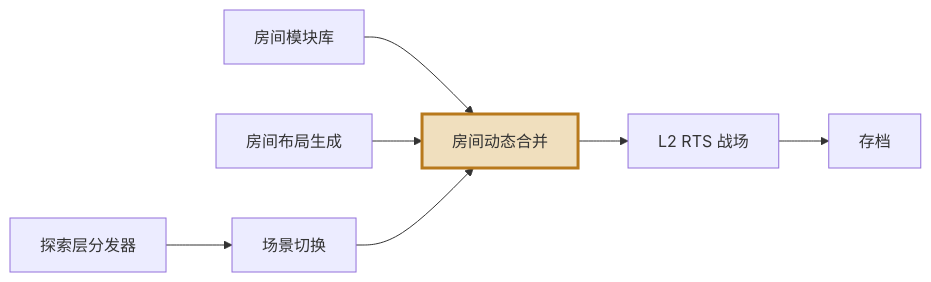
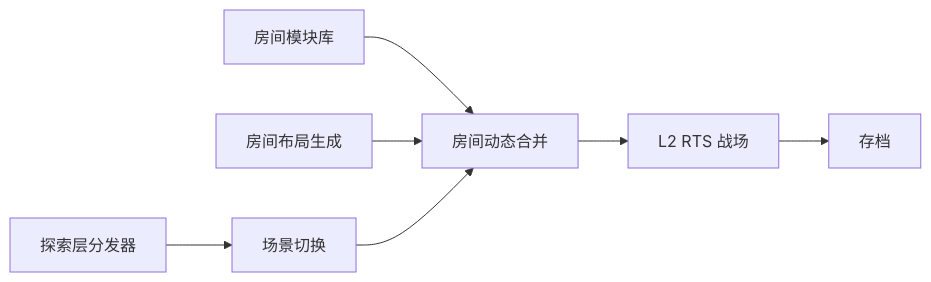
The third of 3 diagrams in plugins/game-studio-core/docs/diagrams-example.md (g4berolo/XGameHarness), drawn with Mermaid before and after one commit. The commit also changed other lines of this file and 4 other files, not shown here.

First line of the commit message:
docs(diagrams): spatial illustrations in ```svg, and every diagram names its colours instead of writing them

````diff
--- a/plugins/game-studio-core/docs/diagrams-example.md
+++ b/plugins/game-studio-core/docs/diagrams-example.md
@@ -97,10 +97,10 @@
 ```mermaid
 flowchart LR
     A[房间模块库] --> D[房间动态合并]
     B[房间布局生成] --> D
     C[场景切换] --> D
     E[探索层分发器] --> C
     D --> F[L2 RTS 战场]
     F --> G[存档]
-    style D fill:#f0dfbe,stroke:#b8791c,stroke-width:3px
+    class D key
 ```
````
